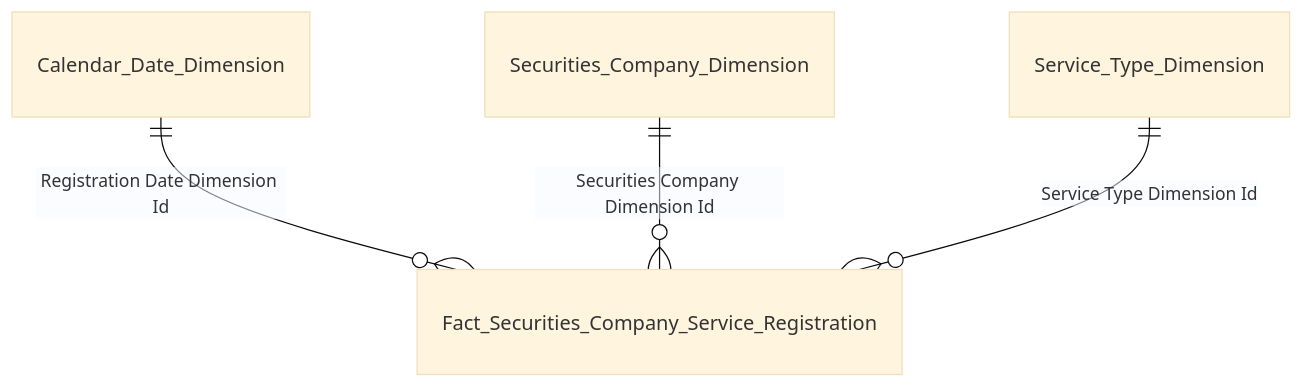
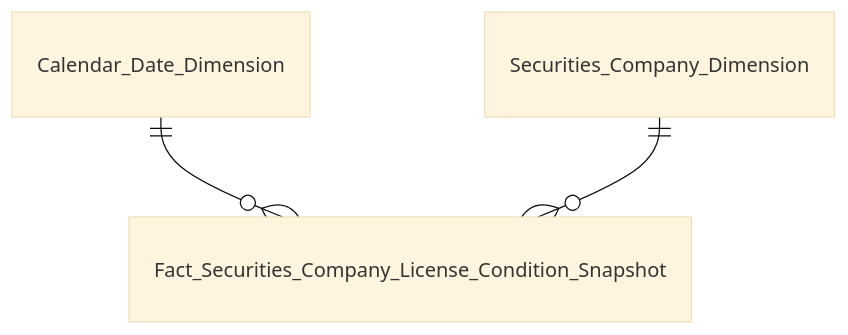
One commit to linhlvit/ubck_atomic_design changed the third of 7 diagrams in Datamart/hld/DTM_QLKD_Entities.md. Above: the diagram before and after it, drawn with Mermaid (base theme). The commit also changed other lines of this file and 35 other files, not shown here.

````diff
--- a/Datamart/hld/DTM_QLKD_Entities.md
+++ b/Datamart/hld/DTM_QLKD_Entities.md
@@ -39,6 +50,5 @@
 ```mermaid
 erDiagram
-    Calendar_Date_Dimension ||--o{ Fact_Securities_Company_Service_Registration : "Registration Date Dimension Id"
-    Securities_Company_Dimension ||--o{ Fact_Securities_Company_Service_Registration : "Securities Company Dimension Id"
-    Service_Type_Dimension ||--o{ Fact_Securities_Company_Service_Registration : "Service Type Dimension Id"
+    Calendar_Date_Dimension ||--o{ Fact_Securities_Company_License_Condition_Snapshot : " "
+    Securities_Company_Dimension ||--o{ Fact_Securities_Company_License_Condition_Snapshot : " "
 ```
````
